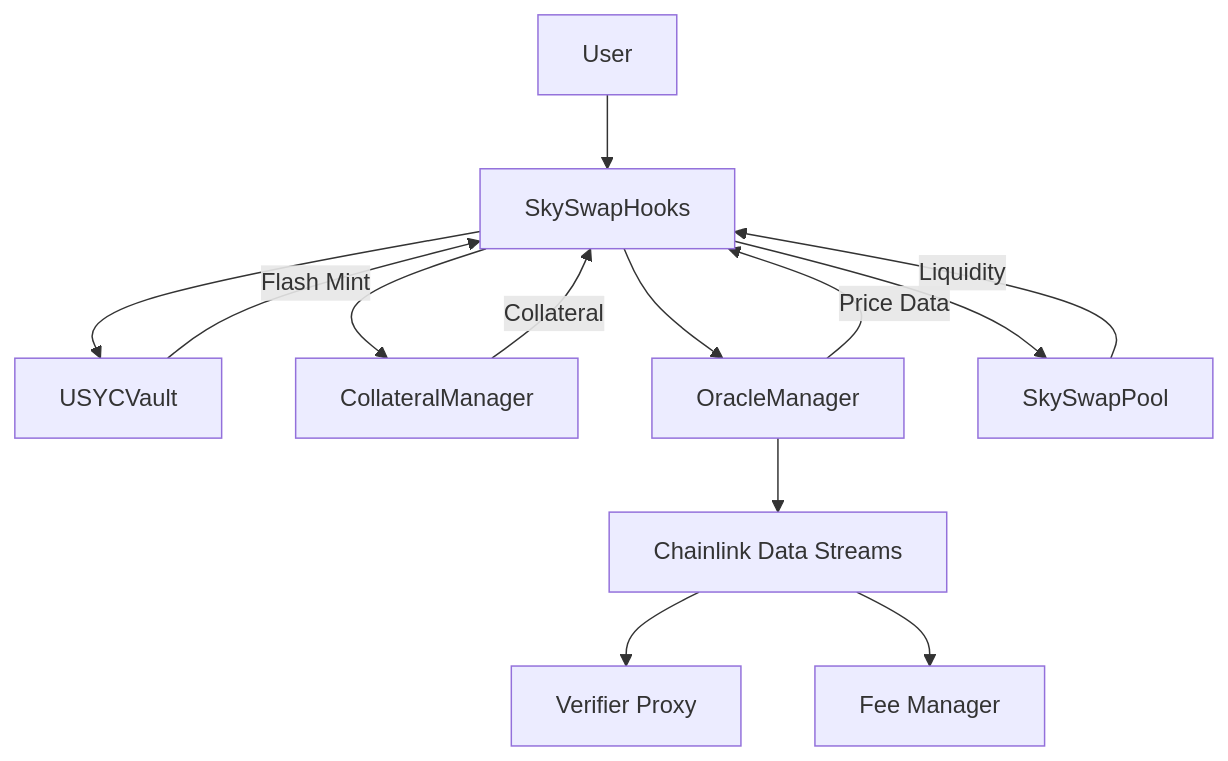
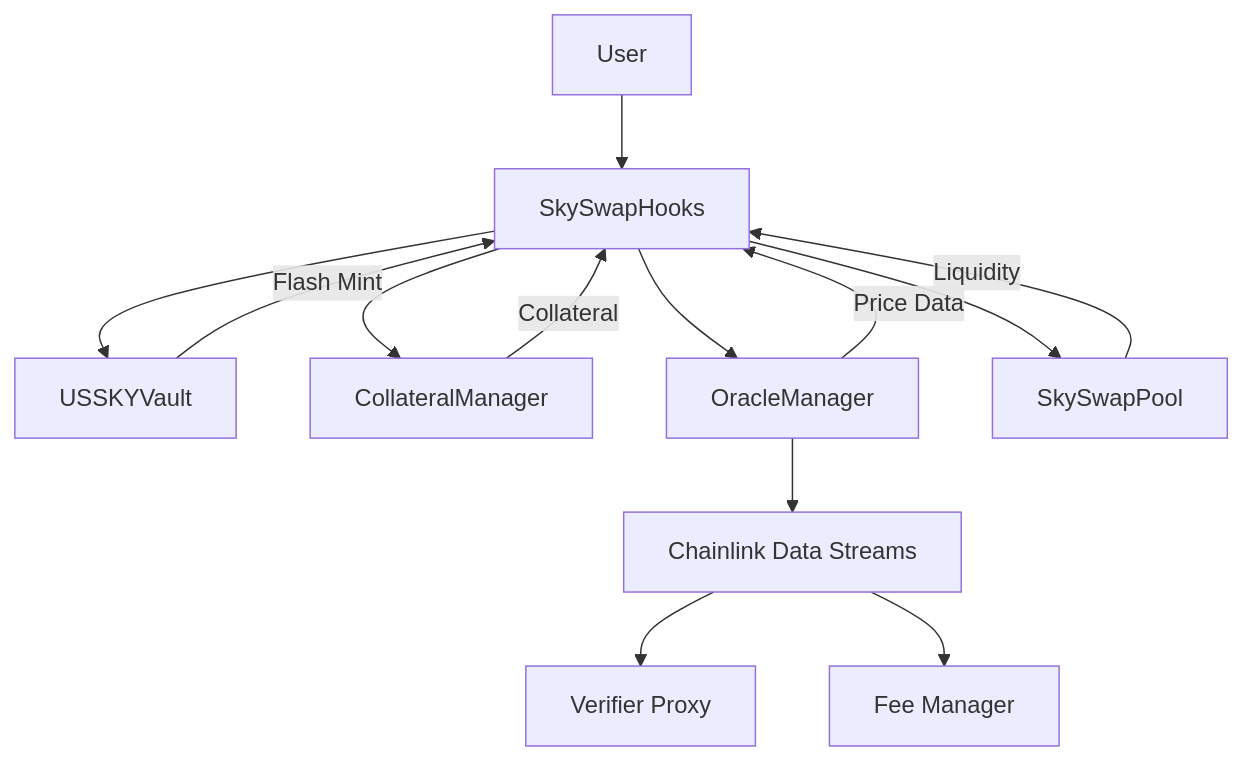
The diagram in README.md (SkyYap/SkySwap), drawn with Mermaid before and after one commit. The commit also changed other lines of this file and 1 other file, not shown here.

````diff
--- a/README.md
+++ b/README.md
@@ -21,17 +26,17 @@
 ```mermaid
 graph TB
     A[User] --> B[SkySwapHooks]
-    B --> C[USYCVault]
+    B --> C[USSKYVault]
     B --> D[CollateralManager]
     B --> E[OracleManager]
     B --> F[SkySwapPool]
     
     C --> |Flash Mint| B
     D --> |Collateral| B
     E --> |Price Data| B
     F --> |Liquidity| B
     
     E --> G[Chainlink Data Streams]
     G --> H[Verifier Proxy]
     G --> I[Fee Manager]
 ```
````
